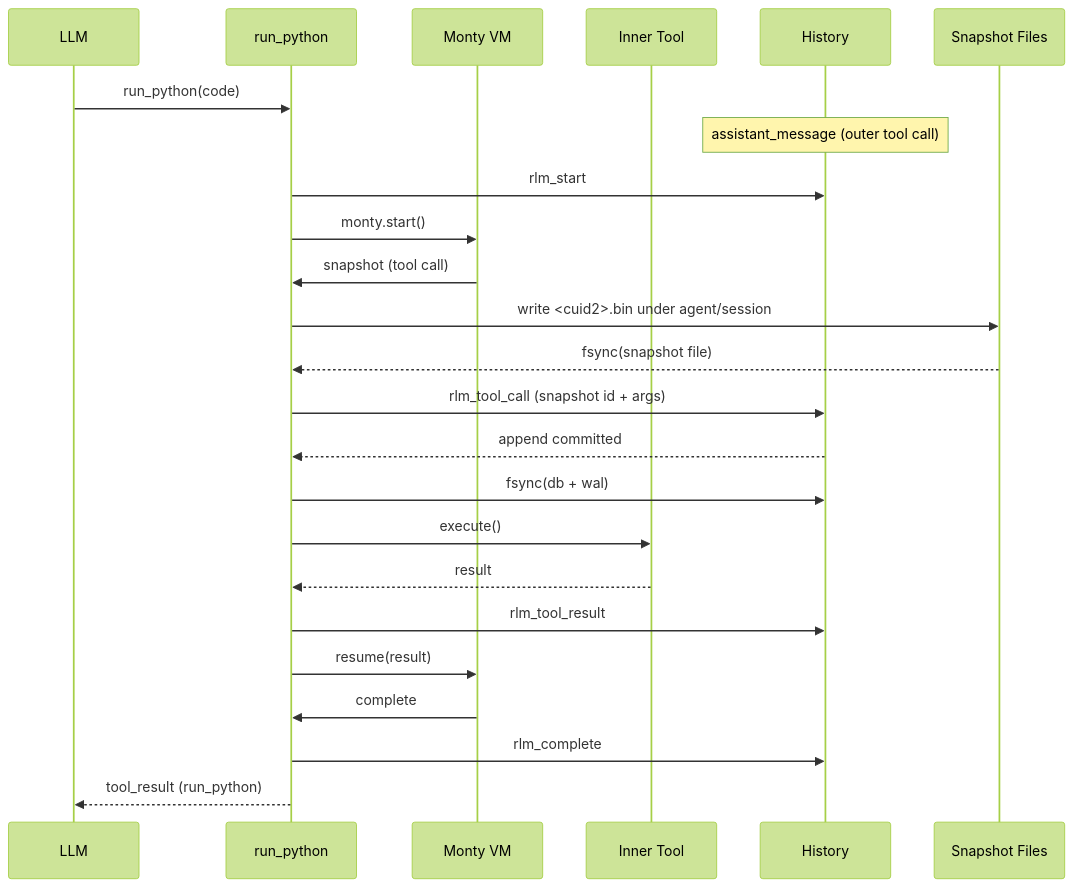
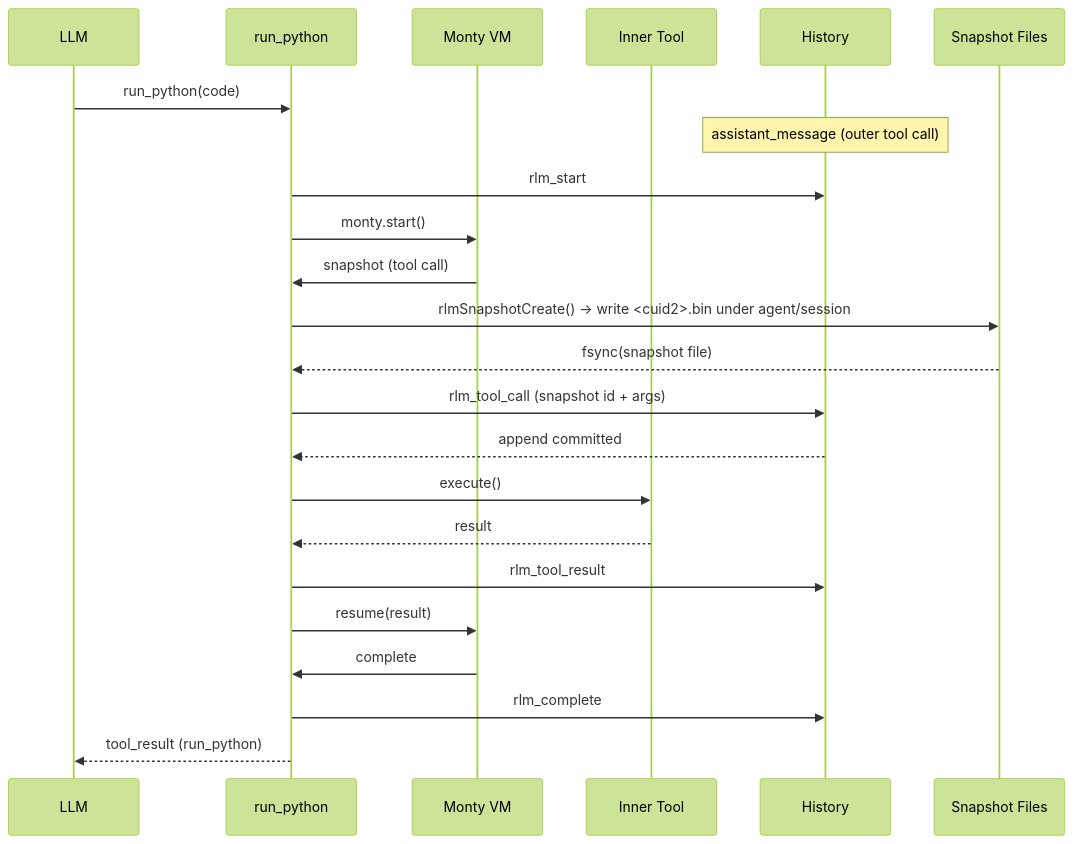
One commit to ex3ndr/daycare changed the first of 2 diagrams in doc/internals/rlm-checkpointing.md. Above: the diagram before and after it, drawn with Mermaid (forest theme). The commit also changed other lines of this file and 17 other files, not shown here.

Commit message:
refactor(rlm): move snapshot io out of storage

````diff
--- a/doc/internals/rlm-checkpointing.md
+++ b/doc/internals/rlm-checkpointing.md
@@ -26,27 +27,26 @@
 ```mermaid
 sequenceDiagram
     participant LLM
     participant RLM as run_python
     participant VM as Monty VM
     participant Tool as Inner Tool
     participant History
     participant Snap as Snapshot Files
 
     LLM->>RLM: run_python(code)
     Note over History: assistant_message (outer tool call)
     RLM->>History: rlm_start
     RLM->>VM: monty.start()
     VM->>RLM: snapshot (tool call)
-    RLM->>Snap: write <cuid2>.bin under agent/session
+    RLM->>Snap: rlmSnapshotCreate() -> write <cuid2>.bin under agent/session
     Snap-->>RLM: fsync(snapshot file)
     RLM->>History: rlm_tool_call (snapshot id + args)
     History-->>RLM: append committed
-    RLM->>History: fsync(db + wal)
     RLM->>Tool: execute()
     Tool-->>RLM: result
     RLM->>History: rlm_tool_result
     RLM->>VM: resume(result)
     VM->>RLM: complete
     RLM->>History: rlm_complete
     RLM-->>LLM: tool_result (run_python)
 ```
````
